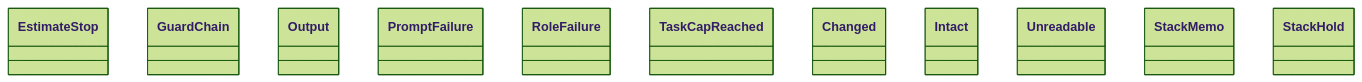
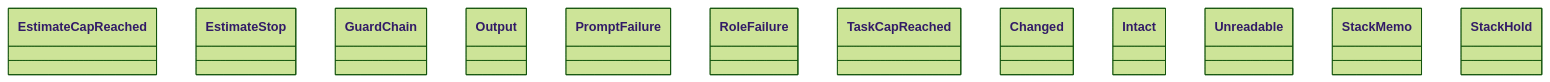
One commit to GonzaloZevallos/agentic-system changed the diagram in docs/architecture/generated/classes-process-application-support-8.md. Above: the diagram before and after it, drawn with Mermaid (forest theme). The commit also changed other lines of this file and 9 other files, not shown here.

Commit message:
Regenerate the architecture docs for the GhCallLog seam

````diff
--- a/docs/architecture/generated/classes-process-application-support-8.md
+++ b/docs/architecture/generated/classes-process-application-support-8.md
@@ -20,14 +20,15 @@
 ```mermaid
 classDiagram
+    class run_role__EstimateCapReached["EstimateCapReached"]
     class run_role__EstimateStop["EstimateStop"]
     class run_role__GuardChain["GuardChain"]
     class run_role__Output["Output"]
     class run_role__PromptFailure["PromptFailure"]
     class run_role__RoleFailure["RoleFailure"]
     class run_role__TaskCapReached["TaskCapReached"]
     class spec_guard__Changed["Changed"]
     class spec_guard__Intact["Intact"]
     class spec_guard__Unreadable["Unreadable"]
     class stack_facts__StackMemo["StackMemo"]
     class stack_hold__StackHold["StackHold"]
 ```
````
